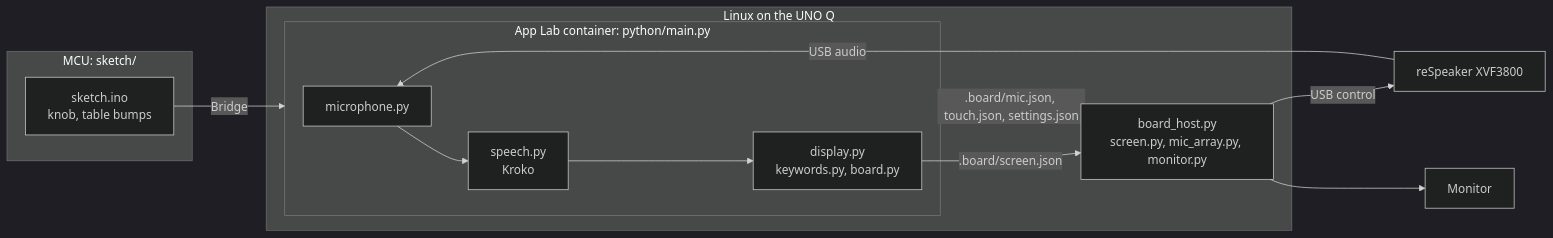
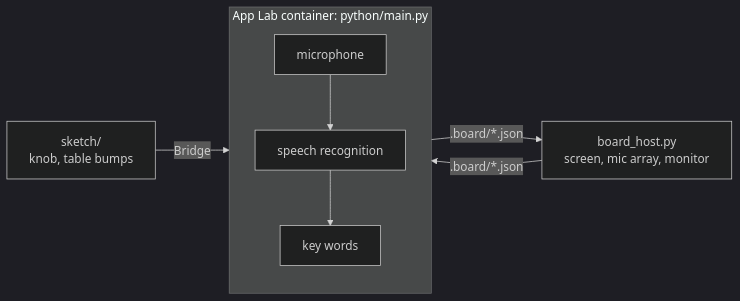
Before and after one commit to BenForklifter/keep_up: the diagram in README.md, drawn with Mermaid (dark theme). The commit also changed other lines of this file and 14 other files, not shown here.

````diff
--- a/README.md
+++ b/README.md
@@ -51,18 +31,9 @@
 ```mermaid
 flowchart LR
-    subgraph mcu["MCU: sketch/"]
-        sketch["sketch.ino<br/>knob, table bumps"]
+    subgraph app["App Lab container: python/main.py"]
+        mic["microphone"] --> speech["speech recognition"] --> words["key words"]
     end
-    subgraph linux["Linux on the UNO Q"]
-        subgraph container["App Lab container: python/main.py"]
-            mic["microphone.py"] --> speech["speech.py<br/>Kroko"] --> display["display.py<br/>keywords.py, board.py"]
-        end
-        host["board_host.py<br/>screen.py, mic_array.py, monitor.py"]
-    end
-    sketch -- Bridge --> container
-    display -- ".board/screen.json" --> host
-    host -- ".board/mic.json, touch.json, settings.json" --> container
-    array["reSpeaker XVF3800"] -- "USB audio" --> mic
-    host -- "USB control" --> array
-    host --> monitor["Monitor"]
+    sketch["sketch/<br/>knob, table bumps"] -- Bridge --> app
+    app -- ".board/*.json" --> host["board_host.py<br/>screen, mic array, monitor"]
+    host -- ".board/*.json" --> app
 ```
````
